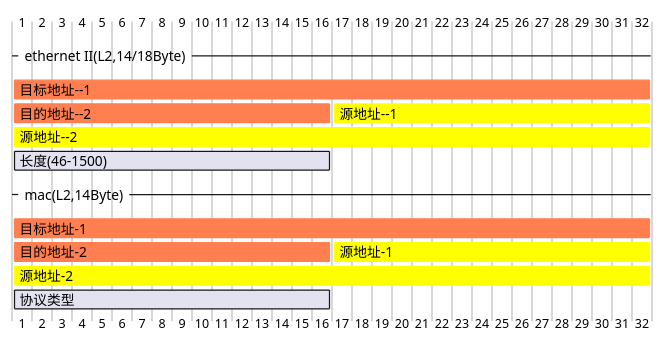
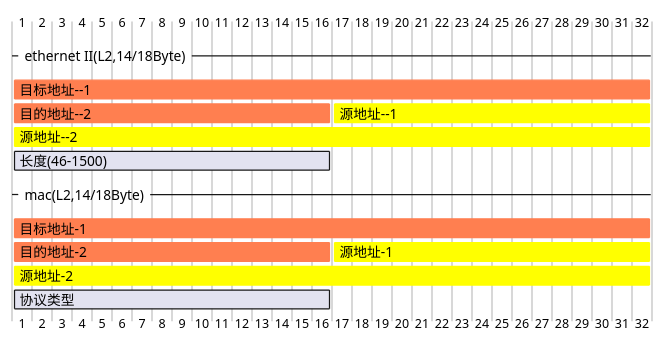
One commit to LincDocs/MdNote_Public changed the sixth of 6 diagrams in 01. DesignAndDevelop/Develop/02. Theory/Computer/03. 计算机系统 - 专题或子系统的字典版/下层相关/Network/以太网帧协议(Gantt版).md. Above: the diagram before and after it, drawn with PlantUML. The commit also changed other lines of this file, not shown here.

````diff
--- a/01. DesignAndDevelop/Develop/02. Theory/Computer/03. 计算机系统 - 专题或子系统的字典版/下层相关/Network/以太网帧协议(Gantt版).md
+++ b/01. DesignAndDevelop/Develop/02. Theory/Computer/03. 计算机系统 - 专题或子系统的字典版/下层相关/Network/以太网帧协议(Gantt版).md
@@ -327,20 +335,20 @@
 ```plantuml
 @startgantt
 
 --ethernet II(L2,14/18Byte)--
 [目标地址--1] starts D+0 and ends D+31 and is colored in Coral
 [目的地址--2] starts D+0 and ends D+15 and is colored in Coral
 [源地址--1] starts D+16 and ends D+31 and is colored in Yellow
 [源地址--2] starts D+0 and ends D+31 and is colored in Yellow
 [目的地址--2] displays on same row as [源地址--1]
 [长度(46-1500)] starts D+0 and ends D+15
 
---mac(L2,14Byte)--
+--mac(L2,14/18Byte)--
 [目标地址-1] starts D+0 and ends D+31 and is colored in Coral
 [目的地址-2] starts D+0 and ends D+15 and is colored in Coral
 [源地址-1] starts D+16 and ends D+31 and is colored in Yellow
 [源地址-2] starts D+0 and ends D+31 and is colored in Yellow
 [目的地址-2] displays on same row as [源地址-1]
 [协议类型] starts D+0 and ends D+15
 @endgantt
 ```
````
